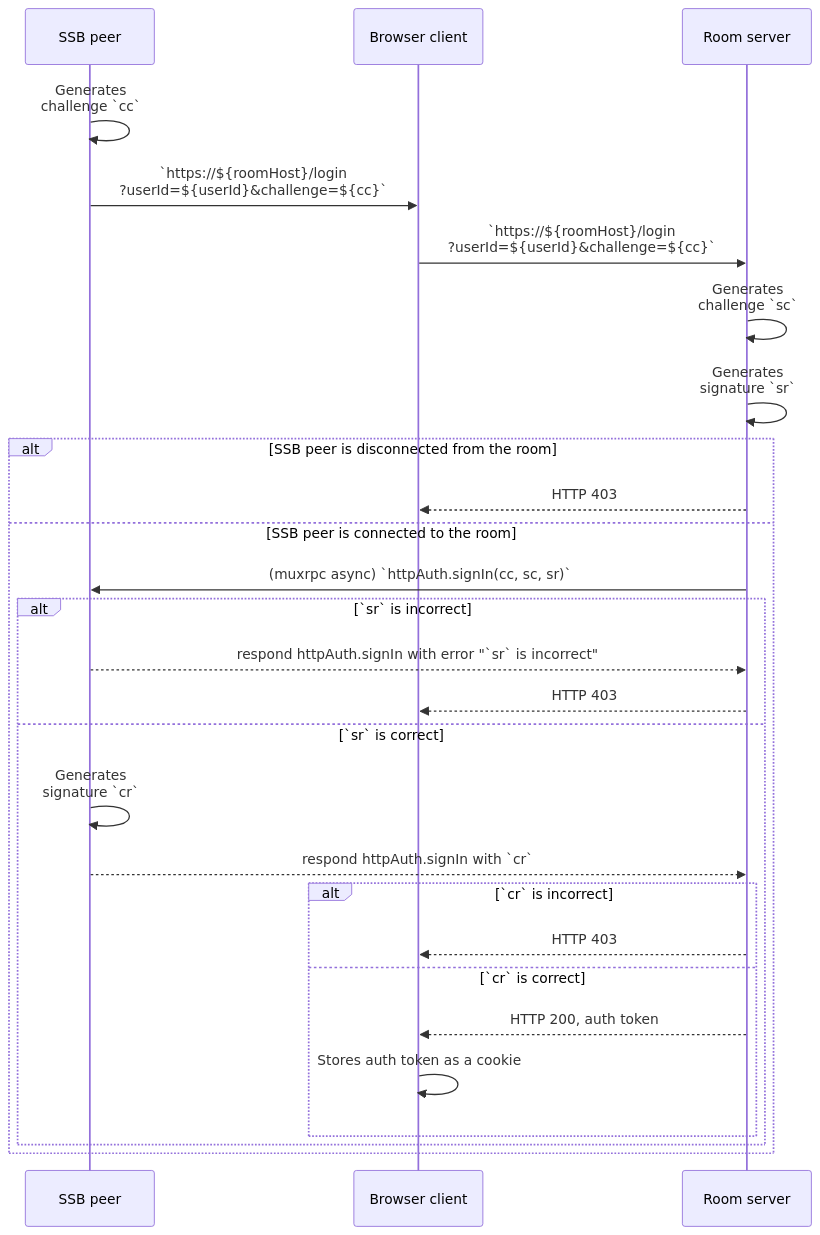
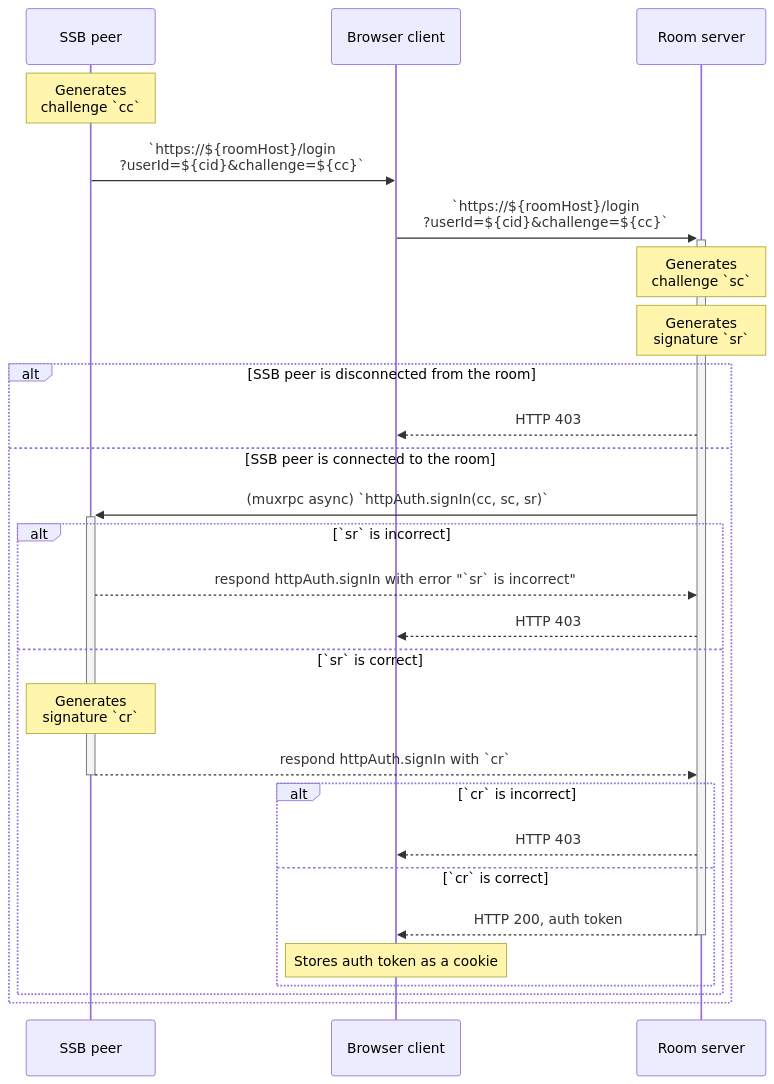
One commit to ssbc/rooms2 changed the first of 6 diagrams in docs/Setup/Sign-in with SSB.md. Above: the diagram before and after it, drawn with Mermaid. The commit also changed other lines of this file and 5 other files, not shown here.

````diff
--- a/docs/Setup/Sign-in with SSB.md
+++ b/docs/Setup/Sign-in with SSB.md
@@ -27,30 +33,30 @@
 ```mermaid
 sequenceDiagram
   participant Umux as SSB peer
   participant Uweb as Browser client
   participant R as Room server
 
-  Umux->>Umux: Generates<br/>challenge `cc`
-  Umux->>Uweb: `https://${roomHost}/login<br/>?userId=${userId}&challenge=${cc}`
-  Uweb->>R: `https://${roomHost}/login<br/>?userId=${userId}&challenge=${cc}`
-  R->>R: Generates<br/>challenge `sc`
-  R->>R: Generates<br/>signature `sr`
+  note over Umux: Generates<br/>challenge `cc`
+  Umux->>Uweb: `https://${roomHost}/login<br/>?userId=${cid}&challenge=${cc}`
+  Uweb->>+R: `https://${roomHost}/login<br/>?userId=${cid}&challenge=${cc}`
+  Note over R: Generates<br/>challenge `sc`
+  Note over R: Generates<br/>signature `sr`
   alt SSB peer is disconnected from the room
     R-->>Uweb: HTTP 403
   else SSB peer is connected to the room
-    R->>Umux: (muxrpc async) `httpAuth.signIn(cc, sc, sr)`
+    R->>+Umux: (muxrpc async) `httpAuth.signIn(cc, sc, sr)`
     alt `sr` is incorrect
       Umux-->>R: respond httpAuth.signIn with error "`sr` is incorrect"
       R-->>Uweb: HTTP 403
     else `sr` is correct
-      Umux->>Umux: Generates<br/>signature `cr`
-      Umux-->>R: respond httpAuth.signIn with `cr`
+      Note over Umux: Generates<br/>signature `cr`
+      Umux-->>-R: respond httpAuth.signIn with `cr`
       alt `cr` is incorrect
         R-->>Uweb: HTTP 403
       else `cr` is correct
-        R-->>Uweb: HTTP 200, auth token
-        Uweb->>Uweb: Stores auth token as a cookie
+        R-->>-Uweb: HTTP 200, auth token
+        Note over Uweb: Stores auth token as a cookie
       end
     end
   end
 ```
````
